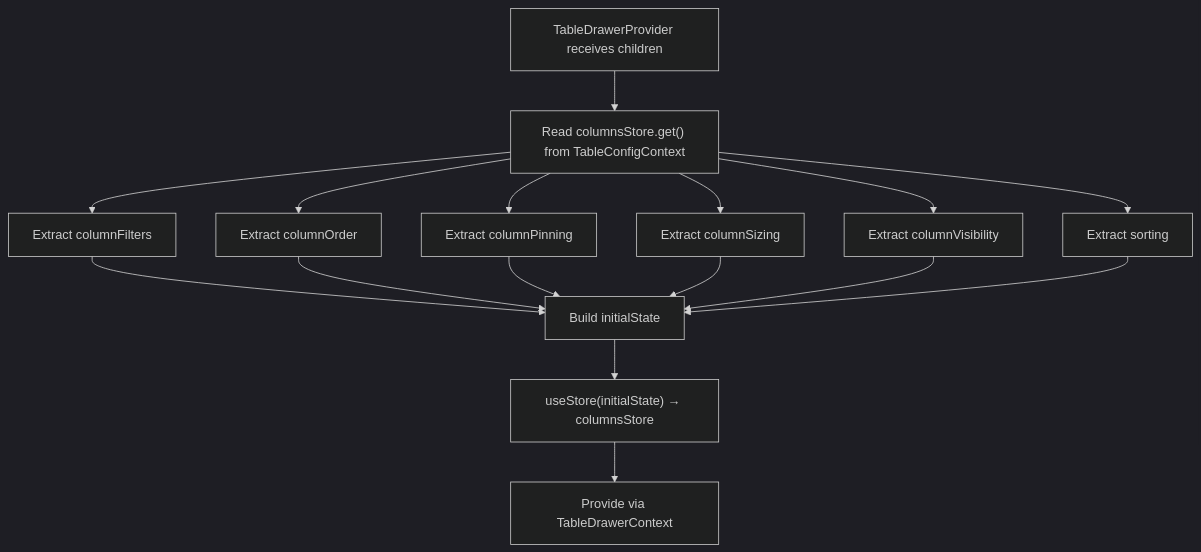
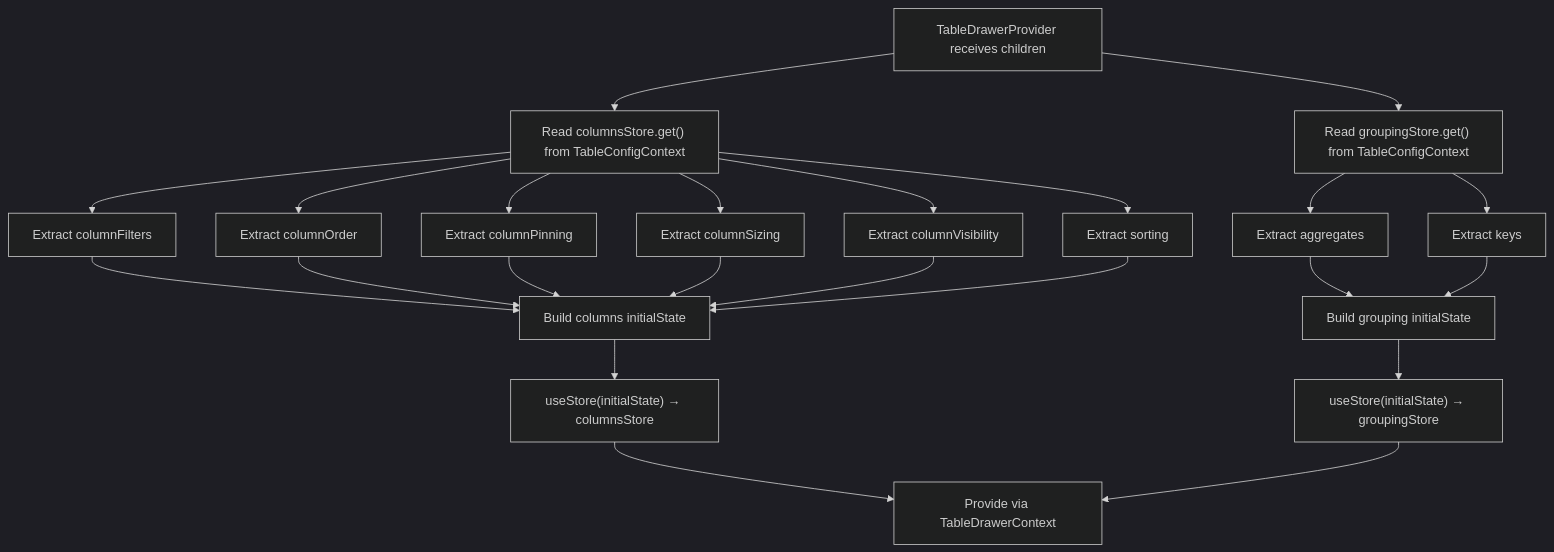
The second of 2 diagrams in packages/ui/src/components/Table/TableSettingsDrawer/TableDrawerContext/ARCHITECTURE.md (luciocabrera/lcabrera-stack), drawn with Mermaid (dark theme) before and after one commit. The commit also changed other lines of this file and 45 other files, not shown here.

````diff
--- a/packages/ui/src/components/Table/TableSettingsDrawer/TableDrawerContext/ARCHITECTURE.md
+++ b/packages/ui/src/components/Table/TableSettingsDrawer/TableDrawerContext/ARCHITECTURE.md
@@ -85,18 +120,25 @@
 ```mermaid
 graph TD
   A["TableDrawerProvider receives children"] --> B["Read columnsStore.get() from TableConfigContext"]
+  A --> B2["Read groupingStore.get() from TableConfigContext"]
   B --> C["Extract columnFilters"]
   B --> D["Extract columnOrder"]
   B --> E["Extract columnPinning"]
   B --> F["Extract columnSizing"]
   B --> G["Extract columnVisibility"]
   B --> H["Extract sorting"]
-  C --> I["Build initialState"]
+  B2 --> G2["Extract aggregates"]
+  B2 --> H2["Extract keys"]
+  C --> I["Build columns initialState"]
   D --> I
   E --> I
   F --> I
   G --> I
   H --> I
+  G2 --> I2["Build grouping initialState"]
+  H2 --> I2
   I --> J["useStore(initialState) → columnsStore"]
+  I2 --> J2["useStore(initialState) → groupingStore"]
   J --> K["Provide via TableDrawerContext"]
+  J2 --> K
 ```
````
